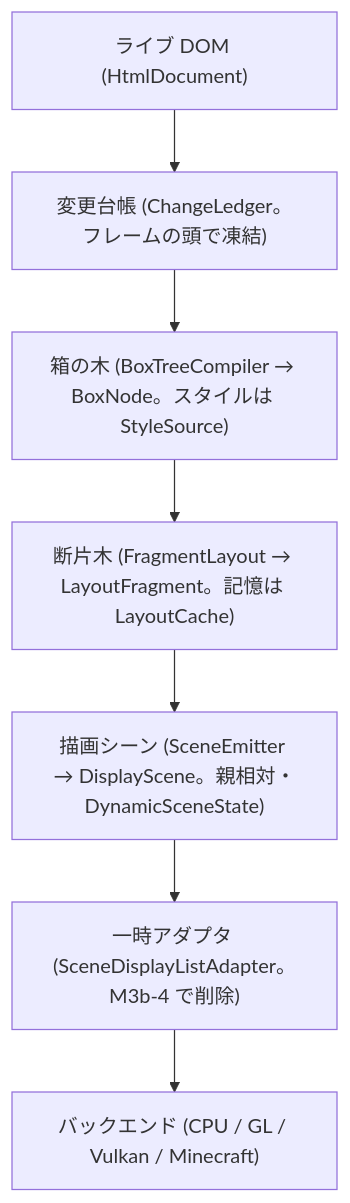
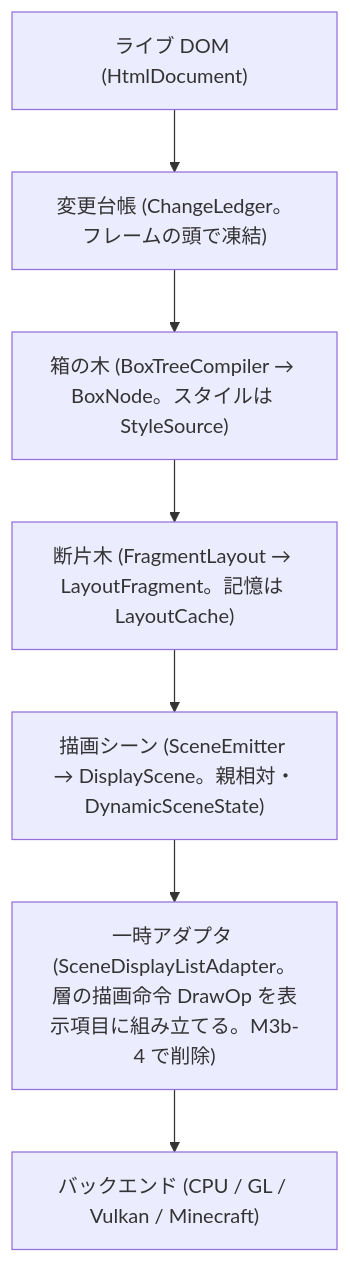
One commit to nishiyu24/EnderFrameLib changed the second of 2 diagrams in docs/ARCHITECTURE.md. Above: the diagram before and after it, drawn with Mermaid. The commit also changed 28 other files, not shown here.

````diff
--- a/docs/ARCHITECTURE.md
+++ b/docs/ARCHITECTURE.md
@@ -213,9 +213,9 @@
 ```mermaid
 flowchart TD
     DOM["ライブ DOM (HtmlDocument)"] --> Ledger["変更台帳 (ChangeLedger。フレームの頭で凍結)"]
     Ledger --> BoxTree["箱の木 (BoxTreeCompiler → BoxNode。スタイルは StyleSource)"]
     BoxTree --> Layout["断片木 (FragmentLayout → LayoutFragment。記憶は LayoutCache)"]
     Layout --> Scene["描画シーン (SceneEmitter → DisplayScene。親相対・DynamicSceneState)"]
-    Scene --> Adapter["一時アダプタ (SceneDisplayListAdapter。M3b-4 で削除)"]
+    Scene --> Adapter["一時アダプタ (SceneDisplayListAdapter。層の描画命令 DrawOp を表示項目に組み立てる。M3b-4 で削除)"]
     Adapter --> Drawer["バックエンド (CPU / GL / Vulkan / Minecraft)"]
 ```
````
